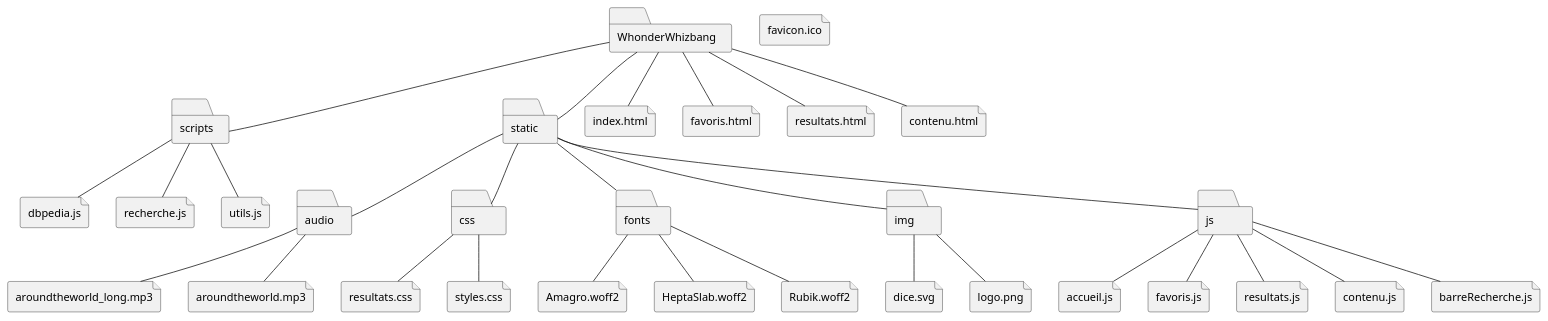
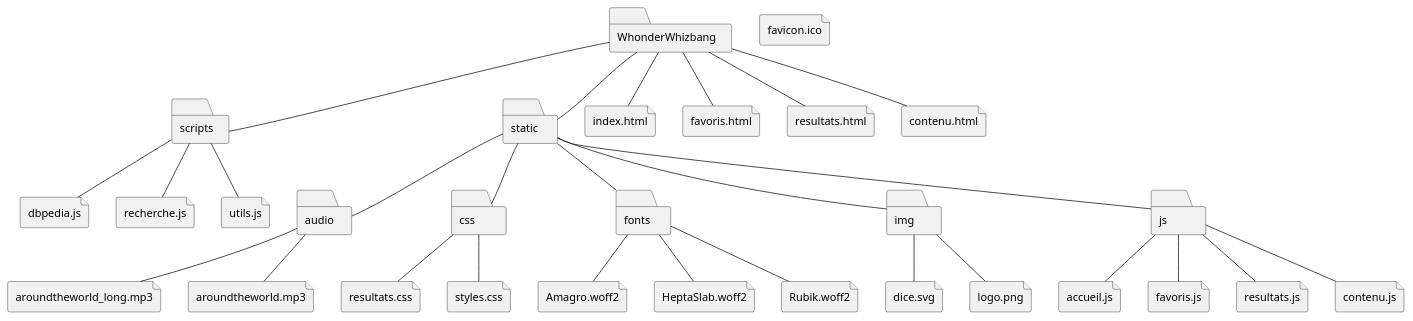
Before and after one commit to hunkanome/WS-WonderWhizbang: the diagram in other_assets/folder_organization.puml, drawn with PlantUML. The commit also changed 11 other files, not shown here.

Commit message:
Transformation barre de recherche en form

```diff
--- a/other_assets/folder_organization.puml
+++ b/other_assets/folder_organization.puml
@@ -1,78 +1,76 @@
 @startuml
 
 folder WhonderWhizbang
 folder scripts
 folder static 
 folder audio
 folder css 
 folder fonts 
 folder img 
 folder js
 
 WhonderWhizbang -- scripts
 WhonderWhizbang -- static
 static -- audio
 static -- css
 static -- fonts
 static -- img
 static -- js
 
 file dbpedia.js
 file recherche.js
 file utils.js
 
 file aroundtheworld_long.mp3
 file aroundtheworld.mp3
 
 file resultats.css
 file styles.css
 
 file Amagro.woff2
 file HeptaSlab.woff2
 file Rubik.woff2
 
 file dice.svg
 file logo.png
 
 file accueil.js
 file favoris.js
 file resultats.js
 file contenu.js
-file barreRecherche.js
 
 file index.html
 file favoris.html
 file resultats.html
 file contenu.html
 
 file favicon.ico
 
 WhonderWhizbang -- index.html
 WhonderWhizbang -- favoris.html
 WhonderWhizbang -- resultats.html
 WhonderWhizbang -- contenu.html
 
 audio -- aroundtheworld_long.mp3
 audio -- aroundtheworld.mp3
 
 css -- resultats.css
 css -- styles.css
 
 fonts -- Amagro.woff2
 fonts -- HeptaSlab.woff2
 fonts -- Rubik.woff2
 
 img -- dice.svg
 img -- logo.png
 
 js -- accueil.js
 js -- favoris.js
 js -- resultats.js
 js -- contenu.js
-js -- barreRecherche.js
 
 scripts -- dbpedia.js
 scripts -- recherche.js
 scripts -- utils.js
 
 @enduml
```
